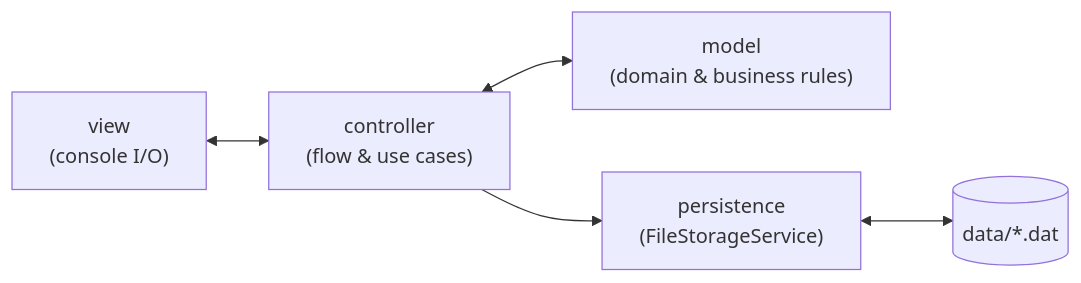
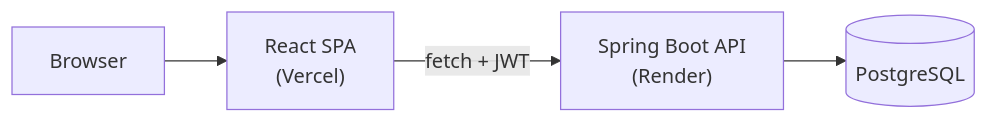
Before and after one commit to TurnGui/spotifum: the diagram in README.md, drawn with Mermaid. The commit also changed other lines of this file, not shown here.

First line of the commit message:
Revise README to include full-stack architecture details

````diff
--- a/README.md
+++ b/README.md
@@ -56,7 +57,6 @@
 ```mermaid
 flowchart LR
-    View["view<br/>(console I/O)"] <--> Controller["controller<br/>(flow &amp; use cases)"]
-    Controller <--> Model["model<br/>(domain &amp; business rules)"]
-    Controller --> Persistence["persistence<br/>(FileStorageService)"]
-    Persistence <--> Disk[("data/*.dat")]
+    Browser["Browser"] --> FE["React SPA<br/>(Vercel)"]
+    FE -->|"fetch + JWT"| API["Spring Boot API<br/>(Render)"]
+    API --> DB[("PostgreSQL")]
 ```
````
